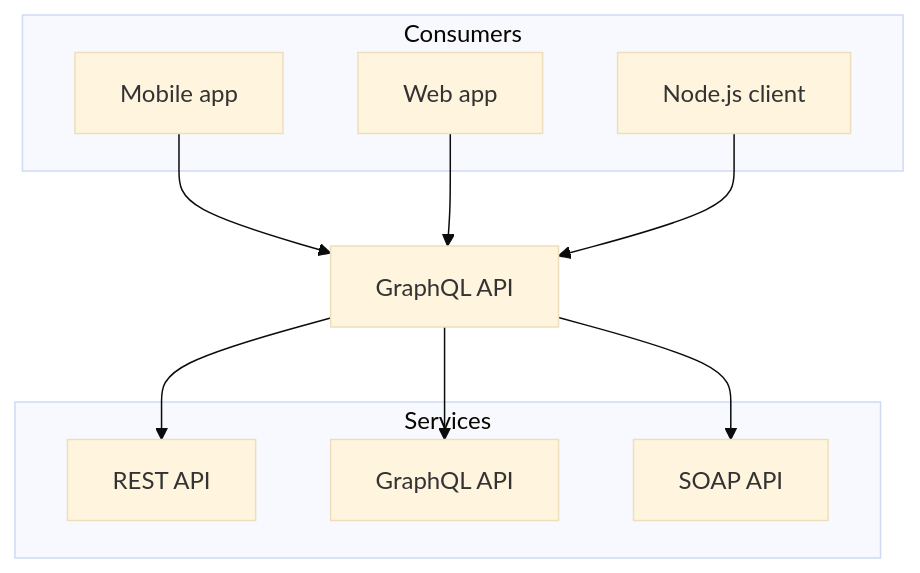
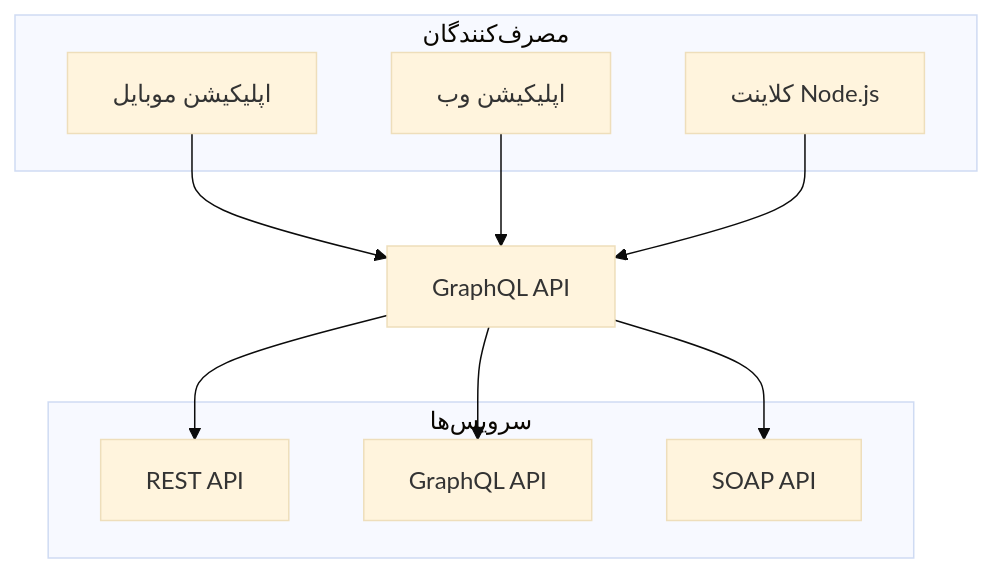
Before and after one commit to saber13812002/quran-bot-docs: the diagram in pages/get-started/installation.mdx, drawn with Mermaid (base theme). The commit also changed other lines of this file and 4 other files, not shown here.

````diff
--- a/pages/get-started/installation.mdx
+++ b/pages/get-started/installation.mdx
@@ -115,20 +115,20 @@
 ```mermaid copy
 graph TD;
-subgraph AA [Consumers]
-A[Mobile app];
-B[Web app];
-C[Node.js client];
+subgraph AA [مصرف‌کنندگان]
+A[اپلیکیشن موبایل];
+B[اپلیکیشن وب];
+C[کلاینت Node.js];
 end
-subgraph BB [Services]
+subgraph BB [سرویس‌ها]
 E[REST API];
 F[GraphQL API];
 G[SOAP API];
 end
 Z[GraphQL API];
 A --> Z;
 B --> Z;
 C --> Z;
 Z --> E;
 Z --> F;
 Z --> G;
 ```
````
